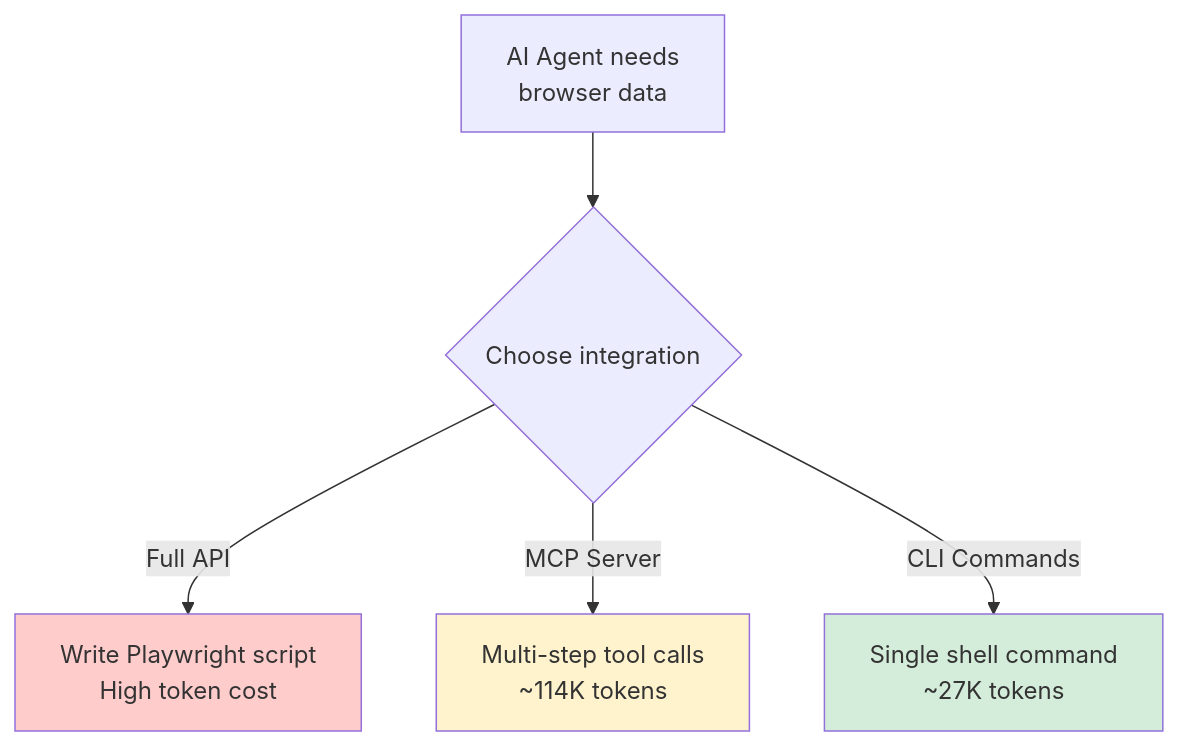
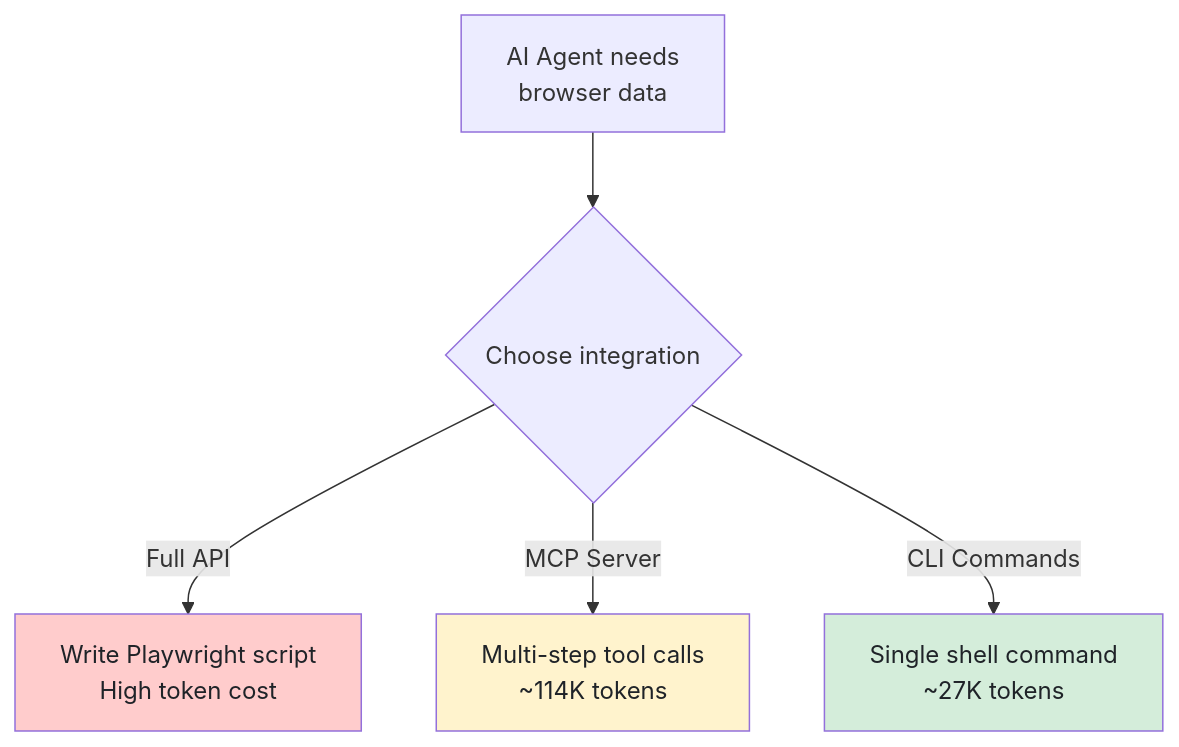
Before and after one commit to bytetunnels/bytetunnels.github.com: the second of 2 diagrams in _posts/2026-02-13-using-playwright-cli-quick-browser-testing.md, drawn with Mermaid. The commit also changed other lines of this file and 118 other files, not shown here.

Commit message:
feat: improve diagram styling and compact wide flowcharts

````diff
--- a/_posts/2026-02-13-using-playwright-cli-quick-browser-testing.md
+++ b/_posts/2026-02-13-using-playwright-cli-quick-browser-testing.md
@@ -455,11 +455,11 @@
 ```mermaid
 graph TD
     A["AI Agent needs<br>browser data"] --> B{"Choose integration"}
     B -->|"Full API"| C["Write Playwright script<br>High token cost"]
     B -->|"MCP Server"| D["Multi-step tool calls<br>~114K tokens"]
     B -->|"CLI Commands"| E["Single shell command<br>~27K tokens"]
 
-    style E fill:#d4edda
-    style C fill:#ffcccc
-    style D fill:#fff3cd
+    style E fill:#d4edda,color:#1f2328
+    style C fill:#ffcccc,color:#1f2328
+    style D fill:#fff3cd,color:#1f2328
 ```
````
